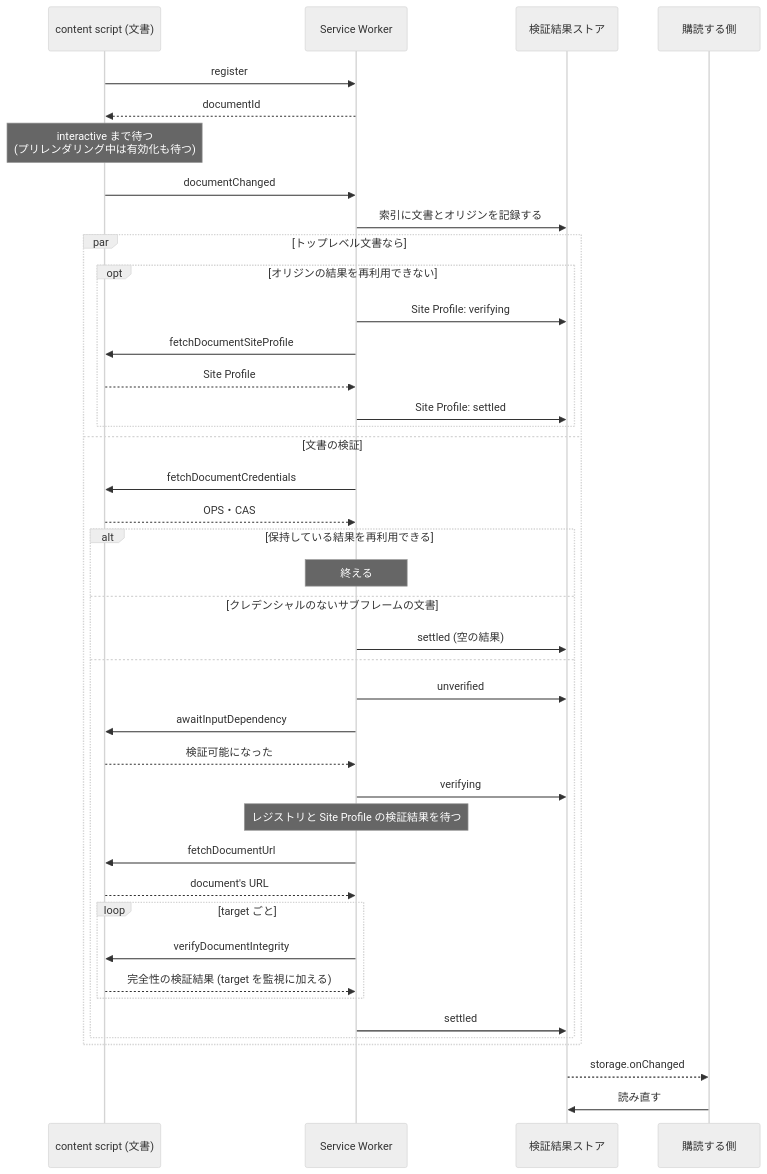
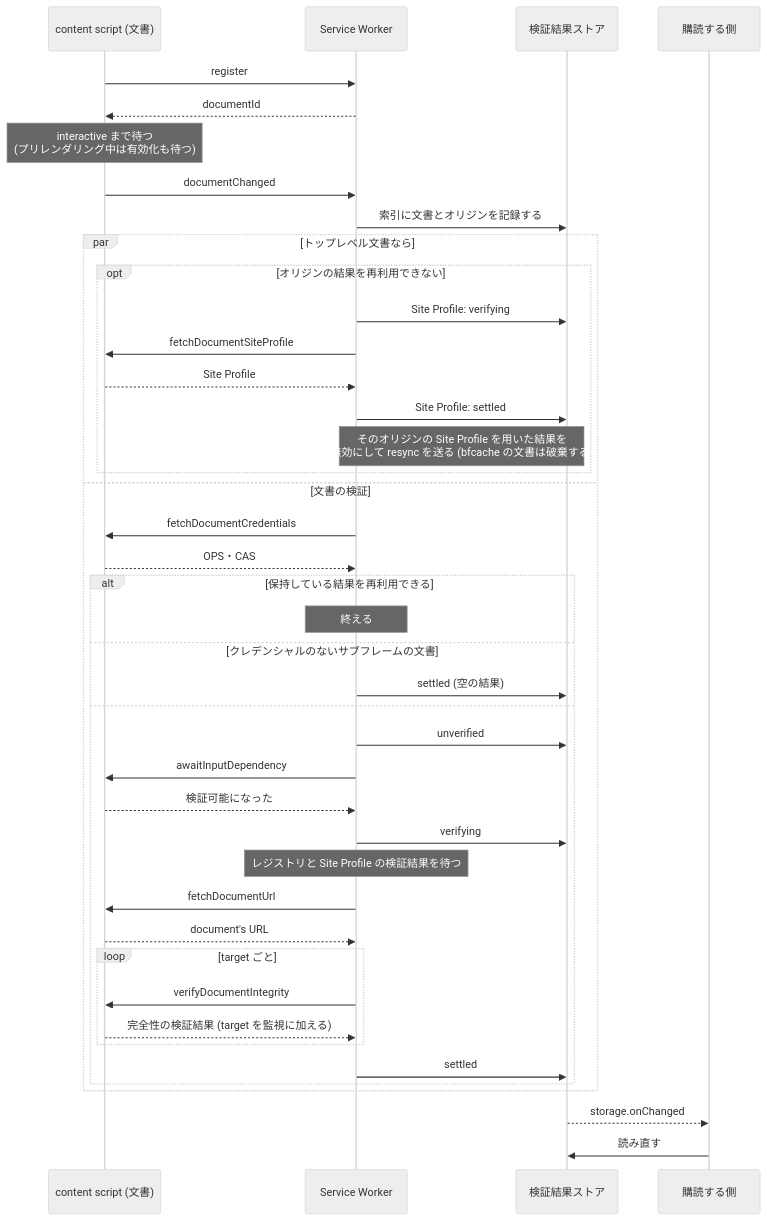
One commit to originator-profile/originator-profile changed the first of 2 diagrams in packages/extension-common/src/verification/README.md. Above: the diagram before and after it, drawn with Mermaid (neutral theme). The commit also changed other lines of this file, not shown here.

First line of the commit message:
docs(extension-common): 検証パイプラインの README を、Site Profile の取得し直しと保持の実際に合わせる

````diff
--- a/packages/extension-common/src/verification/README.md
+++ b/packages/extension-common/src/verification/README.md
@@ -24,44 +24,45 @@
 ```mermaid
 sequenceDiagram
 participant CS as content script (文書)
 participant SW as Service Worker
 participant Store as 検証結果ストア
 participant Sub as 購読する側
 
 CS->>SW: register
 SW-->>CS: documentId
 Note over CS: interactive まで待つ<br/>(プリレンダリング中は有効化も待つ)
 CS->>SW: documentChanged
 SW->>Store: 索引に文書とオリジンを記録する
 par トップレベル文書なら
   opt オリジンの結果を再利用できない
     SW->>Store: Site Profile: verifying
     SW->>CS: fetchDocumentSiteProfile
     CS-->>SW: Site Profile
     SW->>Store: Site Profile: settled
+    Note over SW,Store: そのオリジンの Site Profile を用いた結果を<br/>無効にして resync を送る (bfcache の文書は破棄する)
   end
 and 文書の検証
   SW->>CS: fetchDocumentCredentials
   CS-->>SW: OPS・CAS
   alt 保持している結果を再利用できる
     Note over SW: 終える
   else クレデンシャルのないサブフレームの文書
     SW->>Store: settled (空の結果)
   else
     SW->>Store: unverified
     SW->>CS: awaitInputDependency
     CS-->>SW: 検証可能になった
     SW->>Store: verifying
     Note over SW: レジストリと Site Profile の検証結果を待つ
     SW->>CS: fetchDocumentUrl
     CS-->>SW: document's URL
     loop target ごと
       SW->>CS: verifyDocumentIntegrity
       CS-->>SW: 完全性の検証結果 (target を監視に加える)
     end
     SW->>Store: settled
   end
 end
 Store-->>Sub: storage.onChanged
 Sub->>Store: 読み直す
 ```
````
